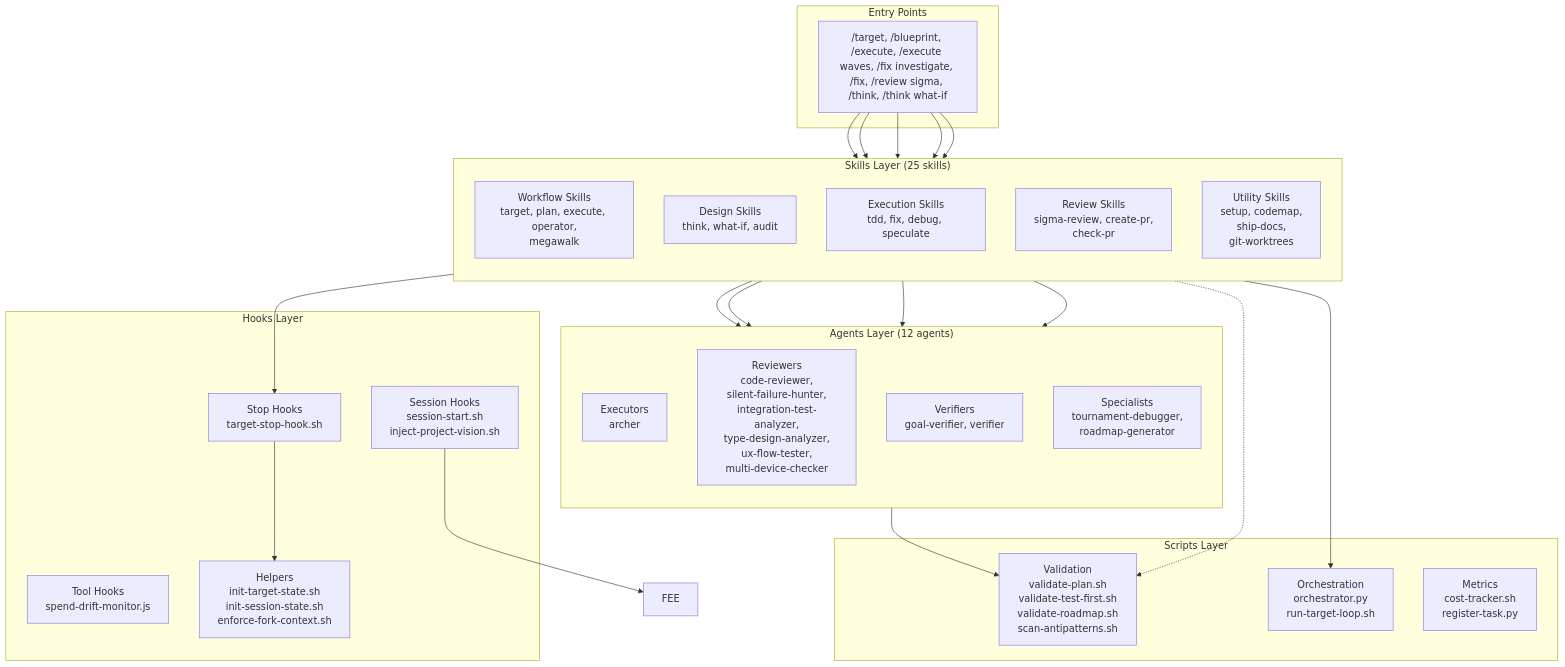
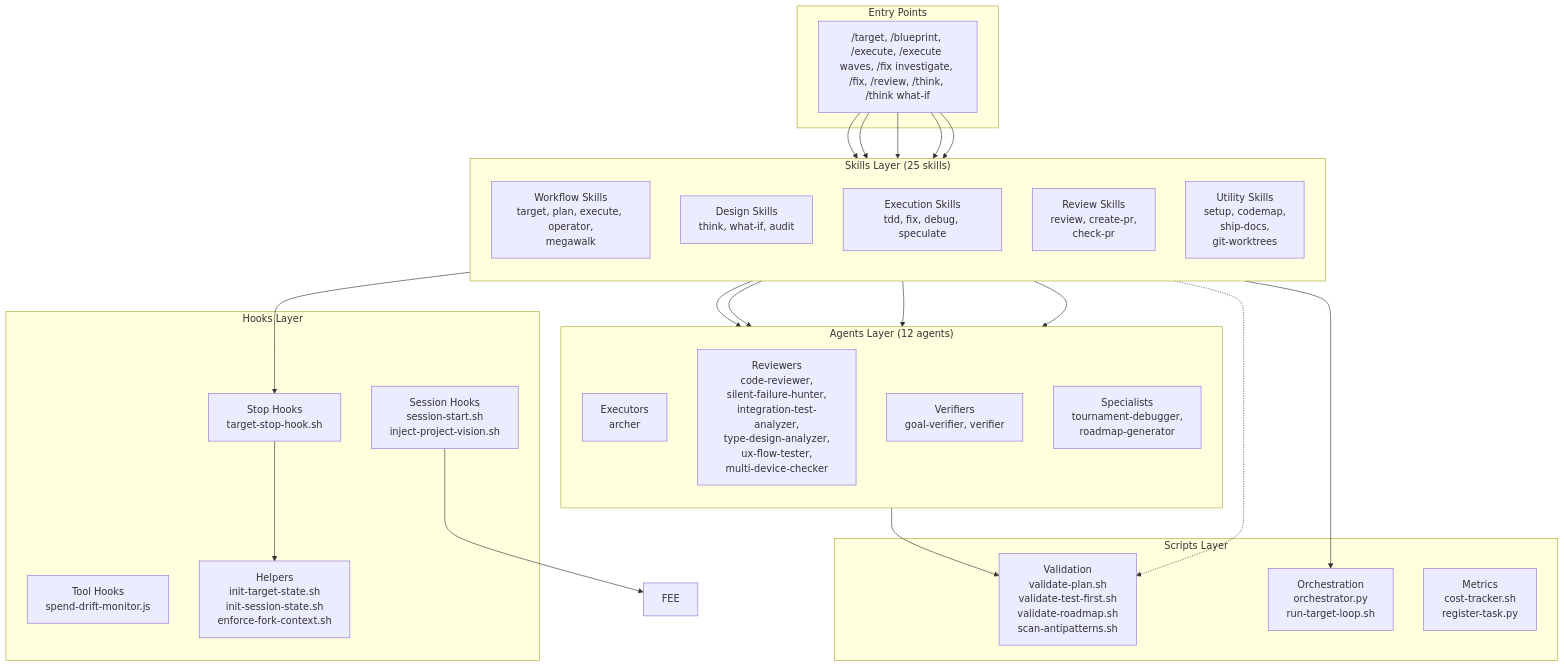
The first of 6 diagrams in docs/system-architecture.md (bllshttng/footnote), drawn with Mermaid before and after one commit. The commit also changed other lines of this file and 20 other files, not shown here.

````diff
--- a/docs/system-architecture.md
+++ b/docs/system-architecture.md
@@ -42,55 +42,55 @@
 ```mermaid
 graph TB
     subgraph "Entry Points"
-        CMD["/target, /blueprint, /execute, /execute waves, /fix investigate, /fix, /review sigma, /think, /think what-if"]
+        CMD["/target, /blueprint, /execute, /execute waves, /fix investigate, /fix, /review, /think, /think what-if"]
     end
 
     subgraph "Skills Layer (25 skills)"
         direction TB
         WF["Workflow Skills<br/>target, plan, execute, operator,<br/>megawalk"]
         DS["Design Skills<br/>think, what-if, audit"]
         EX["Execution Skills<br/>tdd, fix, debug, speculate"]
-        RV["Review Skills<br/>sigma-review, create-pr,<br/>check-pr"]
+        RV["Review Skills<br/>review, create-pr,<br/>check-pr"]
         UT["Utility Skills<br/>setup, codemap,<br/>ship-docs,<br/>git-worktrees"]
     end
 
     subgraph "Agents Layer (12 agents)"
         direction TB
         EXEC["Executors<br/>archer"]
         REV["Reviewers<br/>code-reviewer,<br/>silent-failure-hunter,<br/>integration-test-analyzer,<br/>type-design-analyzer,<br/>ux-flow-tester,<br/>multi-device-checker"]
         VER["Verifiers<br/>goal-verifier, verifier"]
         SPEC["Specialists<br/>tournament-debugger,<br/>roadmap-generator"]
     end
 
     subgraph "Hooks Layer"
         STOP["Stop Hooks<br/>target-stop-hook.sh"]
         SESS["Session Hooks<br/>session-start.sh<br/>inject-project-vision.sh"]
         TOOL["Tool Hooks<br/>spend-drift-monitor.js"]
         HELP["Helpers<br/>init-target-state.sh<br/>init-session-state.sh<br/>enforce-fork-context.sh"]
     end
 
     subgraph "Scripts Layer"
         VAL["Validation<br/>validate-plan.sh<br/>validate-test-first.sh<br/>validate-roadmap.sh<br/>scan-antipatterns.sh"]
         ORC["Orchestration<br/>orchestrator.py<br/>run-target-loop.sh"]
         MET["Metrics<br/>cost-tracker.sh<br/>register-task.py"]
     end
 
     CMD --> WF
     CMD --> DS
     CMD --> EX
     CMD --> RV
     CMD --> UT
 
     WF --> EXEC
     WF --> VER
     RV --> REV
     EX --> EXEC
     DS -.-> VAL
 
     WF --> ORC
     WF --> STOP
     SESS --> FEE
     STOP --> HELP
 
     EXEC --> VAL
 ```
````
